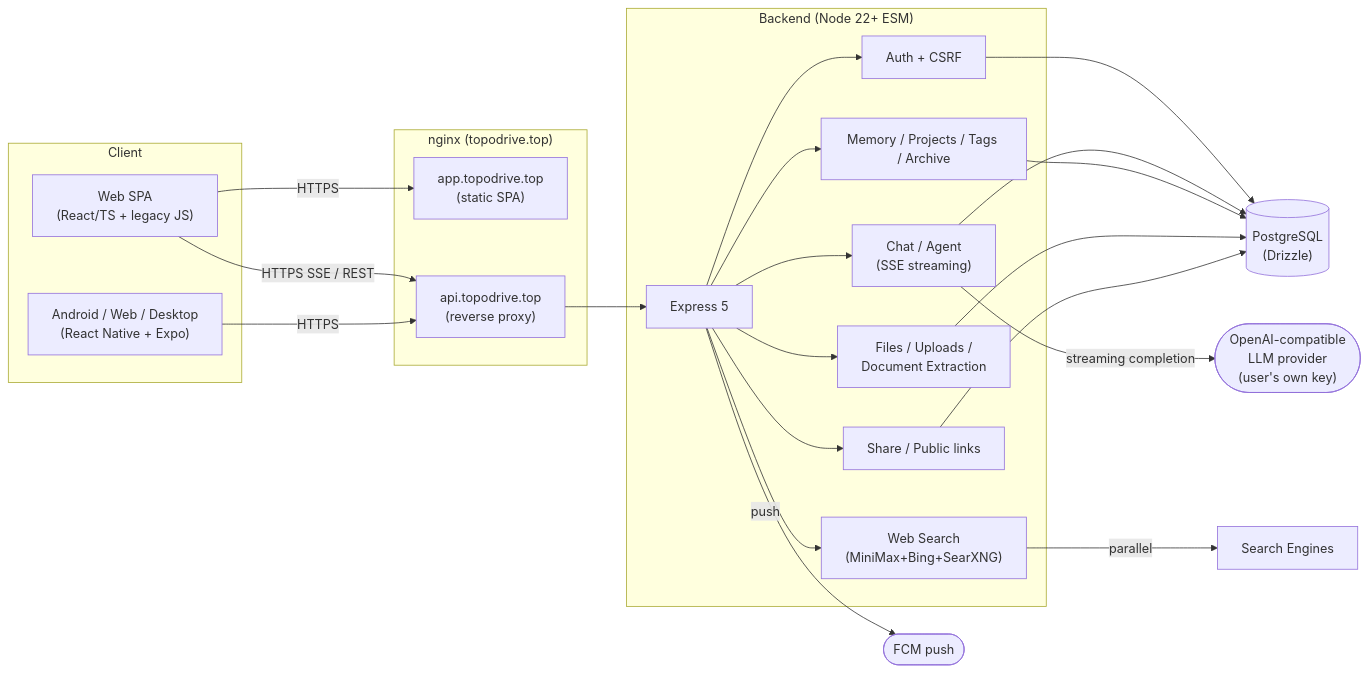
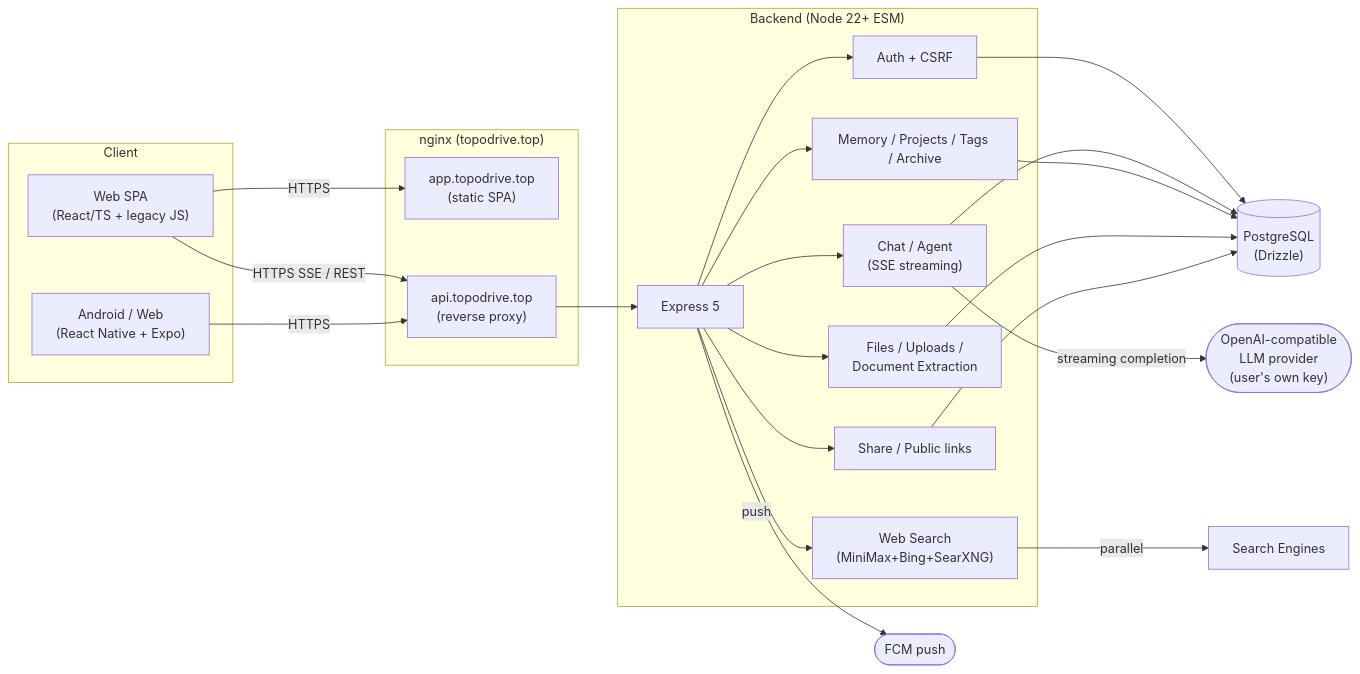
One commit to kevenhu001-cyber/Socrates changed the first of 2 diagrams in README.md. Above: the diagram before and after it, drawn with Mermaid. The commit also changed other lines of this file and 15 other files, not shown here.

````diff
--- a/README.md
+++ b/README.md
@@ -212,45 +210,45 @@
 ```mermaid
 flowchart LR
   subgraph Client["Client"]
     SPA["Web SPA<br/>(React/TS + legacy JS)"]
-    APK["Android / Web / Desktop<br/>(React Native + Expo)"]
+    APK["Android / Web<br/>(React Native + Expo)"]
   end
 
   subgraph Edge["nginx (topodrive.top)"]
     APP["app.topodrive.top<br/>(static SPA)"]
     API["api.topodrive.top<br/>(reverse proxy)"]
   end
 
   subgraph Server["Backend (Node 22+ ESM)"]
     EX["Express 5"]
     AUTH["Auth + CSRF"]
     CHAT["Chat / Agent<br/>(SSE streaming)"]
     MEM["Memory / Projects / Tags / Archive"]
     FILES["Files / Uploads /<br/>Document Extraction"]
     WEB["Web Search<br/>(MiniMax+Bing+SearXNG)"]
     SHARE["Share / Public links"]
   end
 
   DB[("PostgreSQL<br/>(Drizzle)")]
   LLM(["OpenAI-compatible<br/>LLM provider<br/>(user's own key)"])
   FCM(["FCM push"])
 
   SPA -->|HTTPS| APP
   SPA -->|HTTPS SSE / REST| API
   APK -->|HTTPS| API
   API --> EX
   EX --> AUTH
   EX --> CHAT
   EX --> MEM
   EX --> FILES
   EX --> WEB
   EX --> SHARE
   AUTH --> DB
   CHAT --> DB
   CHAT -->|streaming completion| LLM
   MEM --> DB
   FILES --> DB
   WEB -->|parallel| SE["Search Engines"]
   SHARE --> DB
   EX -->|push| FCM
 ```
````
